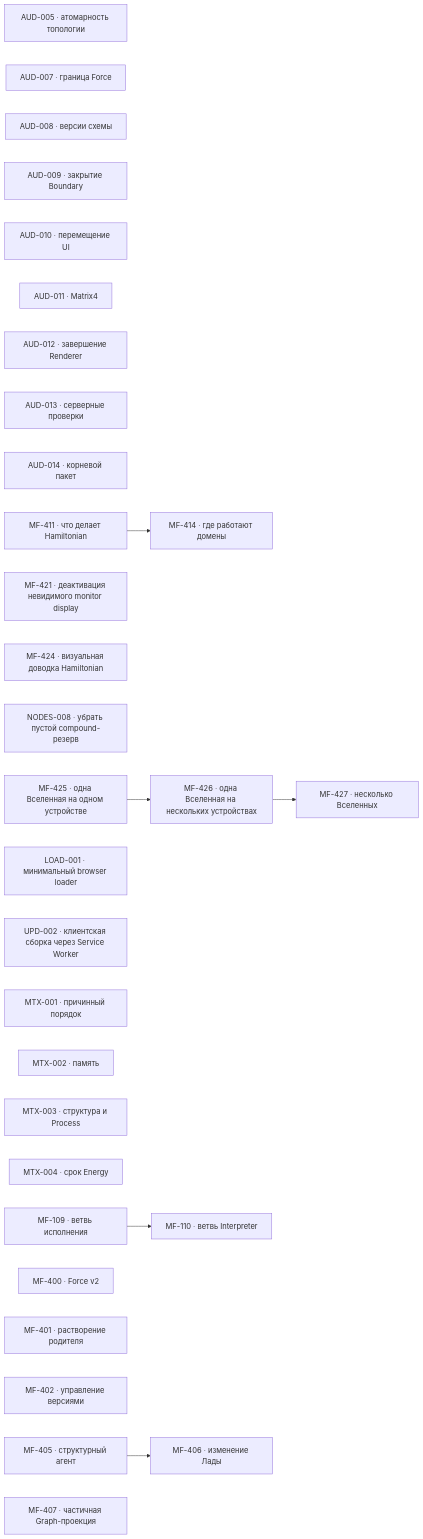
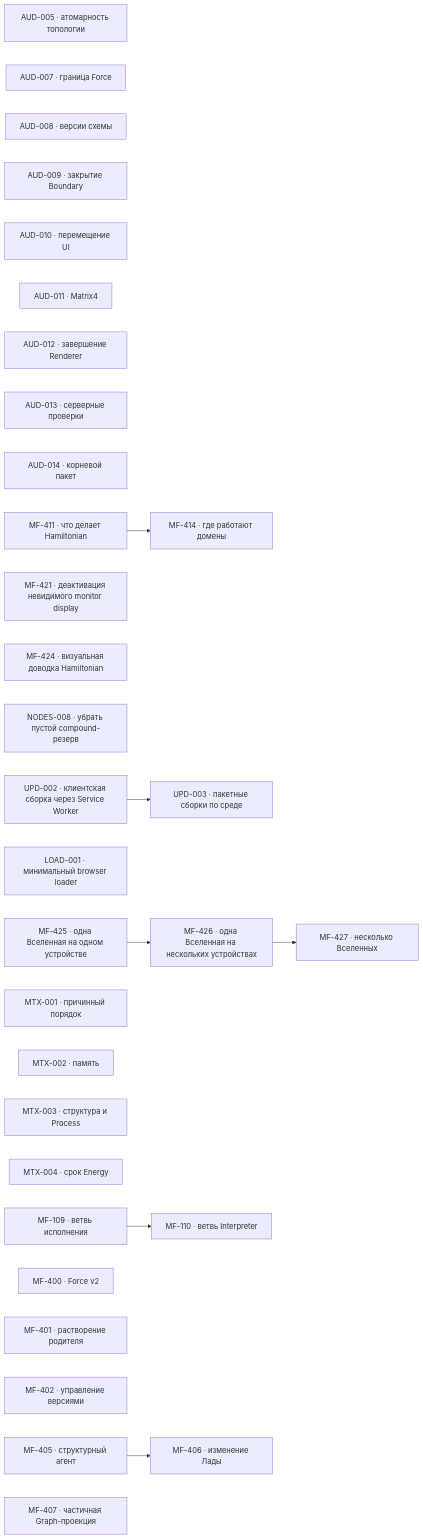
One commit to zavx0z/metafor changed the diagram in project/TODO.md. Above: the diagram before and after it, drawn with Mermaid. The commit also changed other lines of this file and 2 other files, not shown here.

Commit message:
project(UPD-003): define environment-aware package updates

````diff
--- a/project/TODO.md
+++ b/project/TODO.md
@@ -13,39 +13,41 @@
 ```mermaid
 flowchart LR
     AUD005["AUD-005 · атомарность топологии"]
     AUD007["AUD-007 · граница Force"]
     AUD008["AUD-008 · версии схемы"]
     AUD009["AUD-009 · закрытие Boundary"]
     AUD010["AUD-010 · перемещение UI"]
     AUD011["AUD-011 · Matrix4"]
     AUD012["AUD-012 · завершение Renderer"]
     AUD013["AUD-013 · серверные проверки"]
     AUD014["AUD-014 · корневой пакет"]
     MF411["MF-411 · что делает Hamiltonian"]
     MF414["MF-414 · где работают домены"]
     MF421["MF-421 · деактивация невидимого monitor display"]
     MF424["MF-424 · визуальная доводка Hamiltonian"]
     NODES008["NODES-008 · убрать пустой compound-резерв"]
     MF425["MF-425 · одна Вселенная на одном устройстве"]
     LOAD001["LOAD-001 · минимальный browser loader"]
     UPD002["UPD-002 · клиентская сборка через Service Worker"]
+    UPD003["UPD-003 · пакетные сборки по среде"]
     MF426["MF-426 · одна Вселенная на нескольких устройствах"]
     MF427["MF-427 · несколько Вселенных"]
     MTX001["MTX-001 · причинный порядок"]
     MTX002["MTX-002 · память"]
     MTX003["MTX-003 · структура и Process"]
     MTX004["MTX-004 · срок Energy"]
     MF109["MF-109 · ветвь исполнения"]
     MF110["MF-110 · ветвь Interpreter"]
     MF400["MF-400 · Force v2"]
     MF401["MF-401 · растворение родителя"]
     MF402["MF-402 · управление версиями"]
     MF405["MF-405 · структурный агент"]
     MF406["MF-406 · изменение Лады"]
     MF407["MF-407 · частичная Graph-проекция"]
     MF109 --> MF110
     MF405 --> MF406
     MF411 --> MF414
     MF425 --> MF426
     MF426 --> MF427
+    UPD002 --> UPD003
 ```
````
